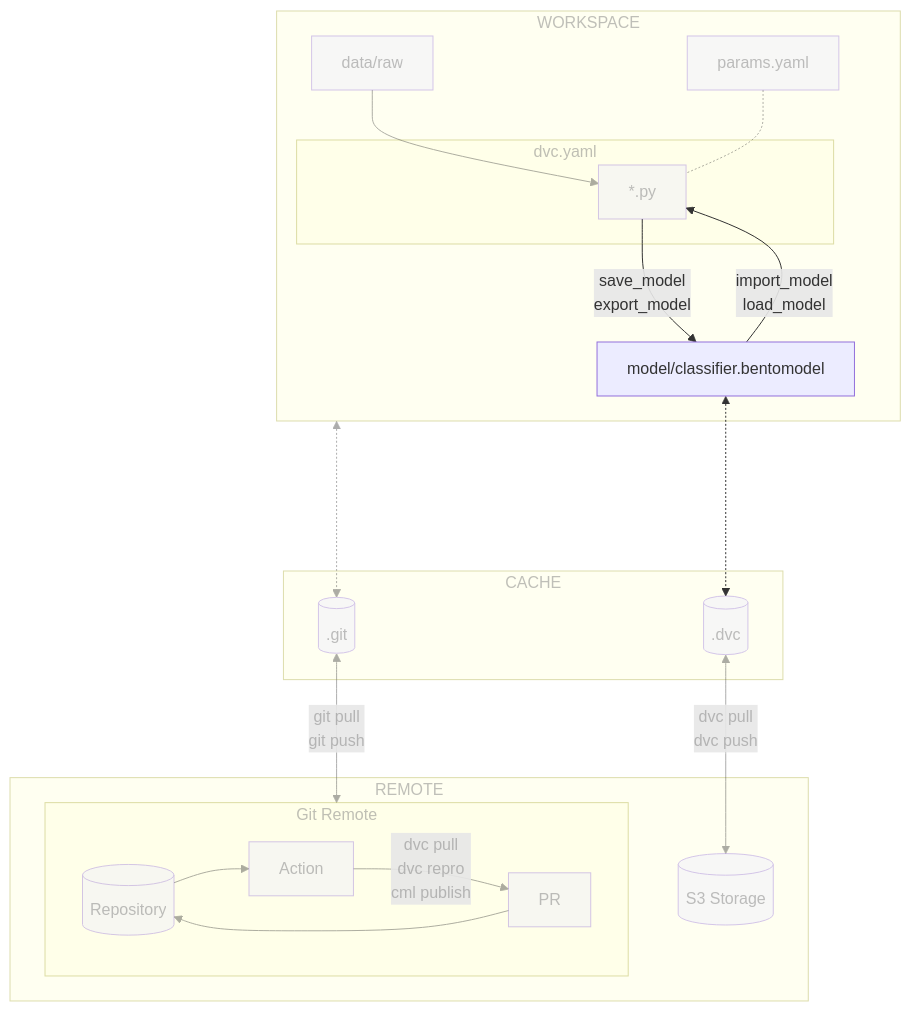
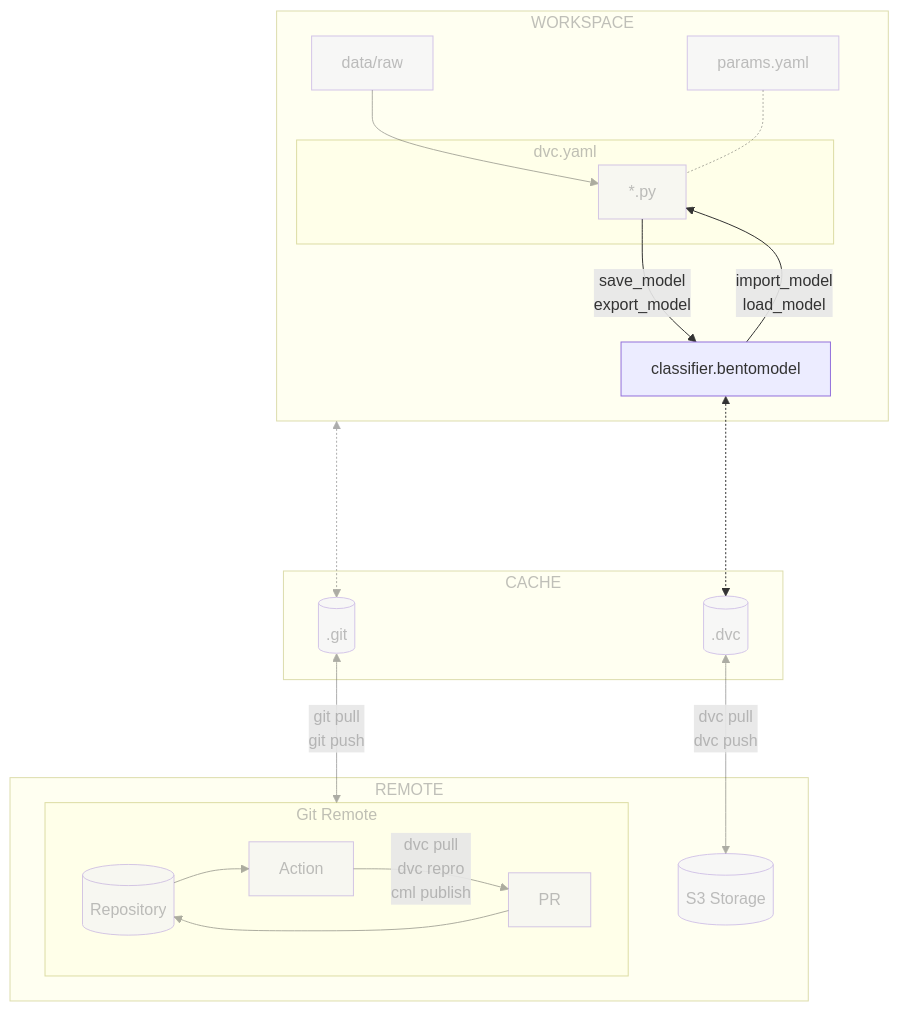
One commit to swiss-ai-center/a-guide-to-mlops changed the diagram in docs/part-3-serve-and-deploy/chapter-31-save-and-load-the-model-with-bentoml.md. Above: the diagram before and after it, drawn with Mermaid. The commit also changed 8 other files, not shown here.

Commit message:
Normalize mermaid diagram labels for BentoML service (#421)

````diff
--- a/docs/part-3-serve-and-deploy/chapter-31-save-and-load-the-model-with-bentoml.md
+++ b/docs/part-3-serve-and-deploy/chapter-31-save-and-load-the-model-with-bentoml.md
@@ -25,58 +25,58 @@
 ```mermaid
 flowchart TB
     dot_dvc[(.dvc)] <-->|dvc pull
                          dvc push| s3_storage[(S3 Storage)]
     dot_git[(.git)] <-->|git pull
                          git push| gitGraph[Git Remote]
     workspaceGraph <-....-> dot_git
     data[data/raw]
     subgraph remoteGraph[REMOTE]
         s3_storage
         subgraph gitGraph[Git Remote]
             repository[(Repository)] --> action[Action]
             action --> |dvc pull
                         dvc repro
                         cml publish|request[PR]
             request --> repository[(Repository)]
         end
     end
     subgraph cacheGraph[CACHE]
         dot_dvc
         dot_git
     end
     subgraph workspaceGraph[WORKSPACE]
         data --> code[*.py]
         subgraph dvcGraph["dvc.yaml"]
             code
         end
         params[params.yaml] -.- code
-        bento_model[model/classifier.bentomodel]
+        bento_model[classifier.bentomodel]
         bento_model <-.-> dot_dvc
         code --> |save_model
                   export_model|bento_model
         bento_model --> |import_model
                          load_model|code
     end
     style workspaceGraph opacity:0.4,color:#7f7f7f80
     style dvcGraph opacity:0.4,color:#7f7f7f80
     style cacheGraph opacity:0.4,color:#7f7f7f80
     style data opacity:0.4,color:#7f7f7f80
     style dot_git opacity:0.4,color:#7f7f7f80
     style dot_dvc opacity:0.4,color:#7f7f7f80
     style code opacity:0.4,color:#7f7f7f80
     style params opacity:0.4,color:#7f7f7f80
     style s3_storage opacity:0.4,color:#7f7f7f80
     style repository opacity:0.4,color:#7f7f7f80
     style action opacity:0.4,color:#7f7f7f80
     style request opacity:0.4,color:#7f7f7f80
     style remoteGraph opacity:0.4,color:#7f7f7f80
     style gitGraph opacity:0.4,color:#7f7f7f80
     linkStyle 0 opacity:0.4,color:#7f7f7f80
     linkStyle 1 opacity:0.4,color:#7f7f7f80
     linkStyle 2 opacity:0.4,color:#7f7f7f80
     linkStyle 3 opacity:0.4,color:#7f7f7f80
     linkStyle 4 opacity:0.4,color:#7f7f7f80
     linkStyle 5 opacity:0.4,color:#7f7f7f80
     linkStyle 6 opacity:0.4,color:#7f7f7f80
     linkStyle 7 opacity:0.4,color:#7f7f7f80
 ```
````
